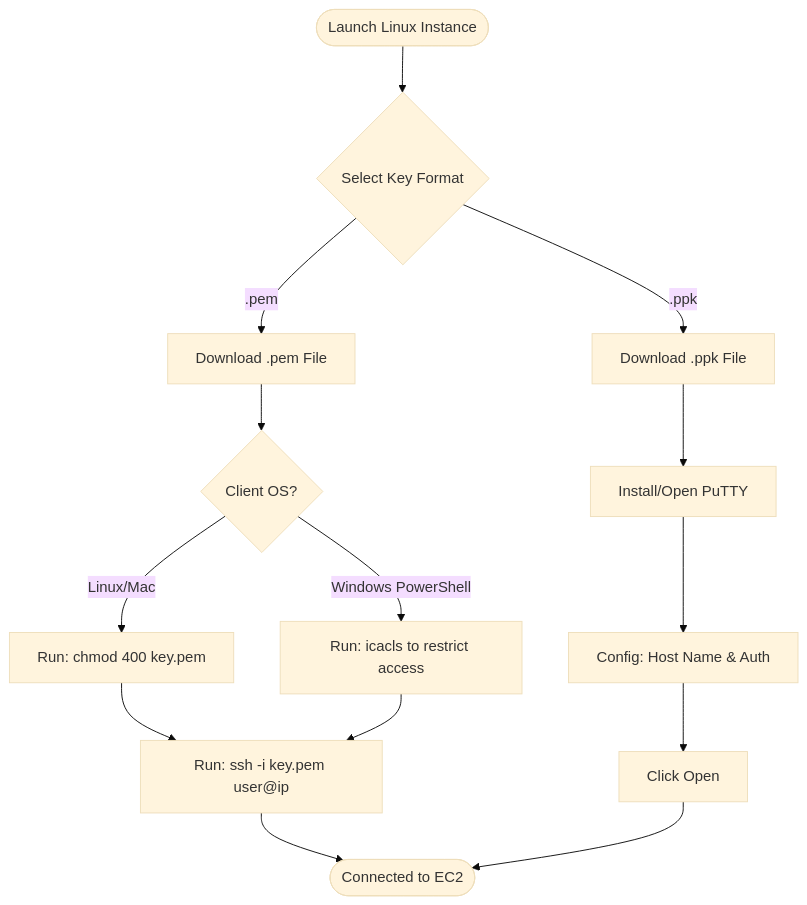
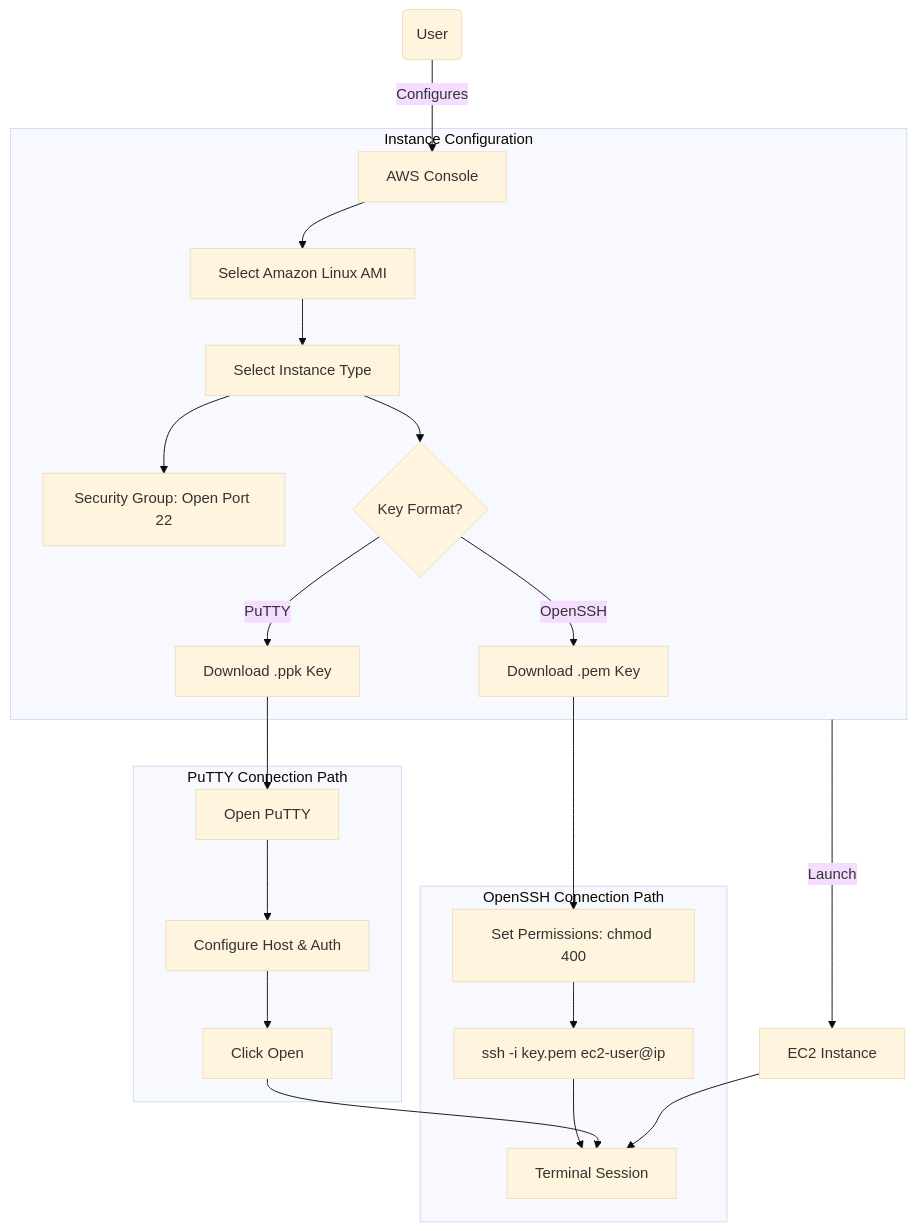
The diagram in docs/dev-cloud/cloud_lab/3_EC2/lab_6.md (sujith-eag/sujith-library), drawn with Mermaid (base theme) before and after one commit. The commit also changed other lines of this file and 15 other files, not shown here.

````diff
--- a/docs/dev-cloud/cloud_lab/3_EC2/lab_6.md
+++ b/docs/dev-cloud/cloud_lab/3_EC2/lab_6.md
@@ -13,21 +46,30 @@
 ```mermaid
 flowchart TD
-    Start([Launch Linux Instance]) --> KeySelect{Select Key Format}
+    User(User) -->|Configures| Console[AWS Console]
 
-    KeySelect -- .pem --> DownloadPEM[Download .pem File]
-    DownloadPEM --> OS_Check{Client OS?}
-    
-    OS_Check -- Linux/Mac --> Chmod[Run: chmod 400 key.pem]
-    OS_Check -- Windows PowerShell --> Icacls[Run: icacls to restrict access]
-    
-    Chmod --> SSH_Cmd[Run: ssh -i key.pem user@ip]
-    Icacls --> SSH_Cmd
-    
-    KeySelect -- .ppk --> DownloadPPK[Download .ppk File]
-    DownloadPPK --> InstallPuTTY[Install/Open PuTTY]
-    InstallPuTTY --> ConfigPuTTY[Config: Host Name & Auth]
-    ConfigPuTTY --> Open[Click Open]
-    
-    SSH_Cmd --> Connected([Connected to EC2])
-    Open --> Connected
+    subgraph Setup [" Instance Configuration "]
+        Console --> AMI[Select Amazon Linux AMI]
+        AMI --> Type[Select Instance Type]
+        Type --> Network[Security Group: Open Port 22]
+        Type --> Key{Key Format?}
+        Key -->|OpenSSH| PEM[Download .pem Key]
+        Key -->|PuTTY| PPK[Download .ppk Key]
+    end
+
+    Setup -->|Launch| Instance[EC2 Instance]
+
+    subgraph OpenSSH_Path [" OpenSSH Connection Path "]
+        PEM --> Perms[Set Permissions: chmod 400]
+        Perms --> SSH_Cmd[ssh -i key.pem ec2-user@ip]
+        SSH_Cmd --> Terminal[Terminal Session]
+    end
+
+    subgraph PuTTY_Path [" PuTTY Connection Path "]
+        PPK --> PuTTY_App[Open PuTTY]
+        PuTTY_App --> Config[Configure Host & Auth]
+        Config --> Connect[Click Open]
+        Connect --> Terminal
+    end
+
+    Instance --> Terminal
 ```
````
